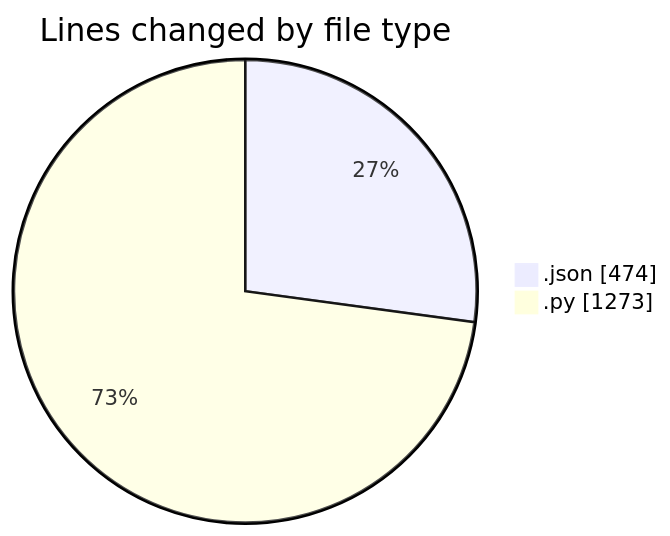
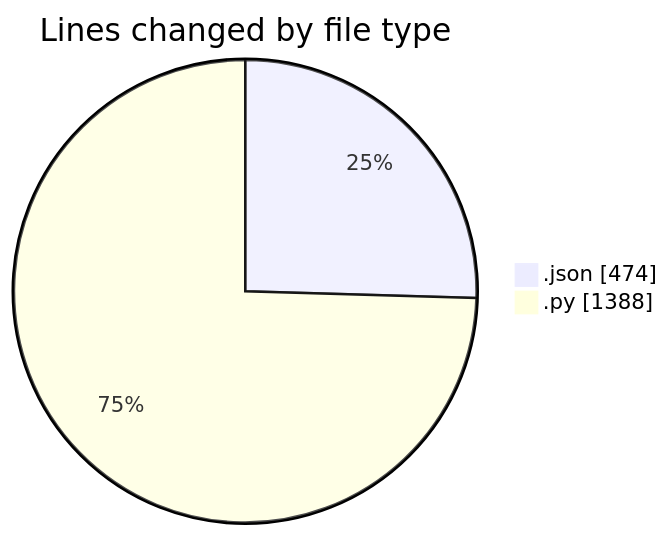
Before and after one commit to MatusMokan/code-tracking: the first of 2 diagrams in 2025-02-19/myws__workspace_/README.md, drawn with Mermaid. The commit also changed other lines of this file and 1 other file, not shown here.

````diff
--- a/2025-02-19/myws__workspace_/README.md
+++ b/2025-02-19/myws__workspace_/README.md
@@ -26,6 +26,6 @@
 ```mermaid
 pie showData
 title Lines changed by file type
 ".json" : 474
-".py" : 1273
+".py" : 1388
 ```
````
